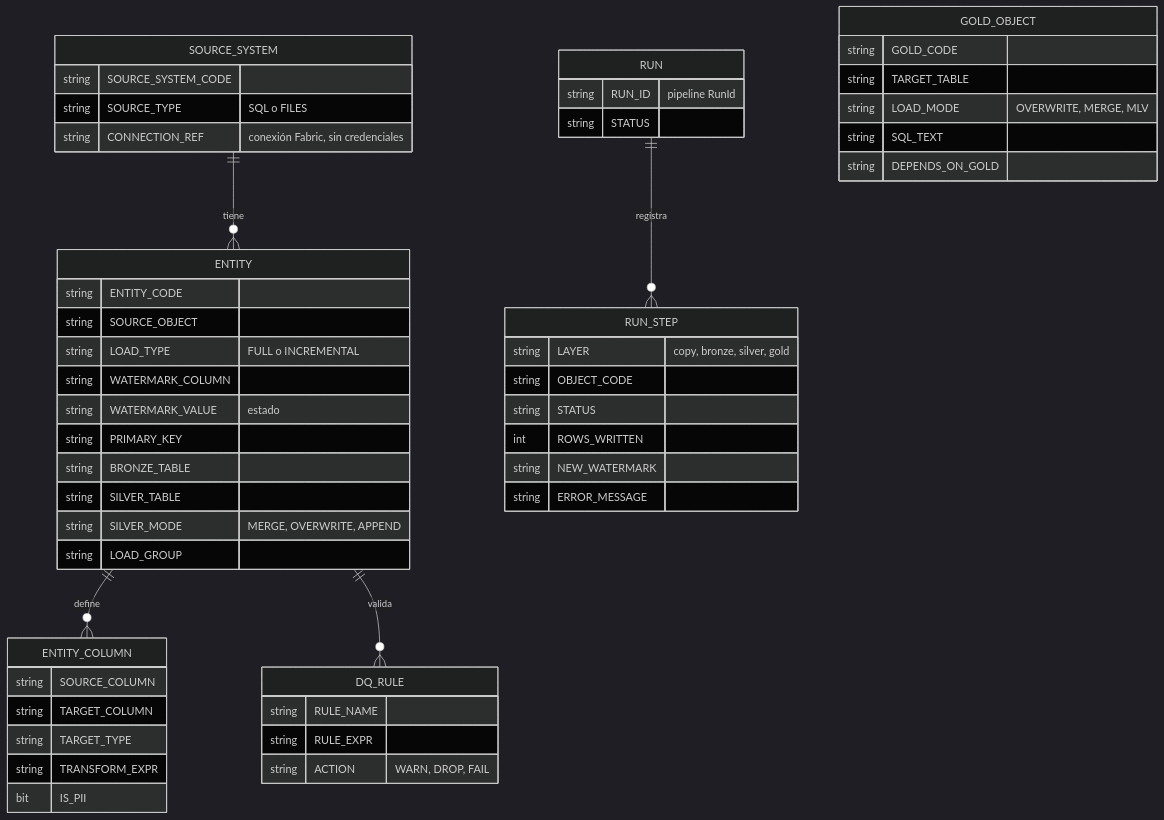
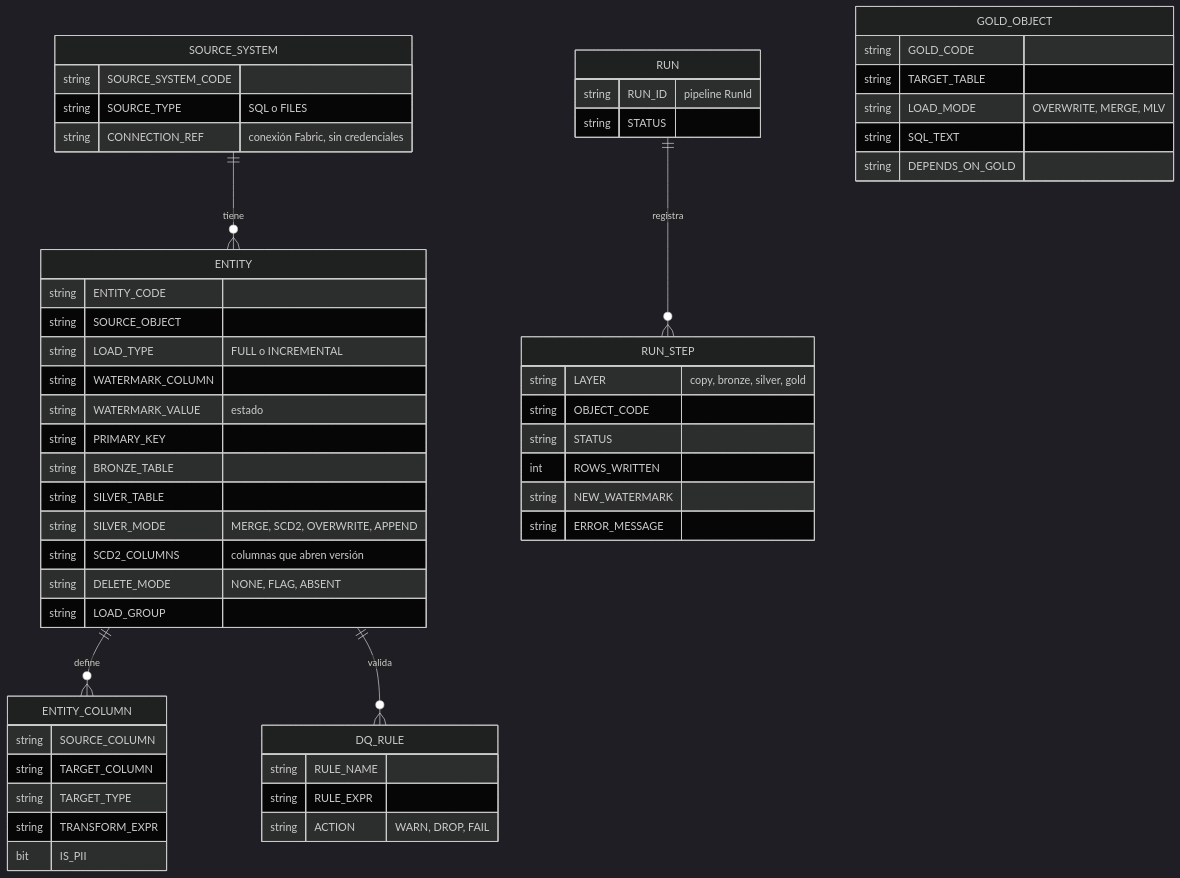
The second of 3 diagrams in Pipeline_Metadata_Medallion/README.md (estebanotero/BIA), drawn with Mermaid (dark theme) before and after one commit. The commit also changed other lines of this file and 18 other files, not shown here.

````diff
--- a/Pipeline_Metadata_Medallion/README.md
+++ b/Pipeline_Metadata_Medallion/README.md
@@ -119,55 +121,57 @@
 ```mermaid
 erDiagram
     SOURCE_SYSTEM ||--o{ ENTITY : tiene
     ENTITY ||--o{ ENTITY_COLUMN : define
     ENTITY ||--o{ DQ_RULE : valida
     RUN ||--o{ RUN_STEP : registra
     SOURCE_SYSTEM {
         string SOURCE_SYSTEM_CODE
         string SOURCE_TYPE "SQL o FILES"
         string CONNECTION_REF "conexión Fabric, sin credenciales"
     }
     ENTITY {
         string ENTITY_CODE
         string SOURCE_OBJECT
         string LOAD_TYPE "FULL o INCREMENTAL"
         string WATERMARK_COLUMN
         string WATERMARK_VALUE "estado"
         string PRIMARY_KEY
         string BRONZE_TABLE
         string SILVER_TABLE
-        string SILVER_MODE "MERGE, OVERWRITE, APPEND"
+        string SILVER_MODE "MERGE, SCD2, OVERWRITE, APPEND"
+        string SCD2_COLUMNS "columnas que abren versión"
+        string DELETE_MODE "NONE, FLAG, ABSENT"
         string LOAD_GROUP
     }
     ENTITY_COLUMN {
         string SOURCE_COLUMN
         string TARGET_COLUMN
         string TARGET_TYPE
         string TRANSFORM_EXPR
         bit IS_PII
     }
     DQ_RULE {
         string RULE_NAME
         string RULE_EXPR
         string ACTION "WARN, DROP, FAIL"
     }
     GOLD_OBJECT {
         string GOLD_CODE
         string TARGET_TABLE
         string LOAD_MODE "OVERWRITE, MERGE, MLV"
         string SQL_TEXT
         string DEPENDS_ON_GOLD
     }
     RUN {
         string RUN_ID "pipeline RunId"
         string STATUS
     }
     RUN_STEP {
         string LAYER "copy, bronze, silver, gold"
         string OBJECT_CODE
         string STATUS
         int ROWS_WRITTEN
         string NEW_WATERMARK
         string ERROR_MESSAGE
     }
 ```
````
